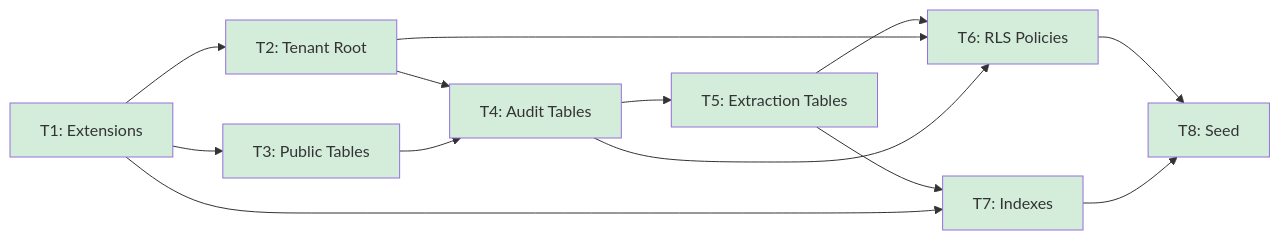
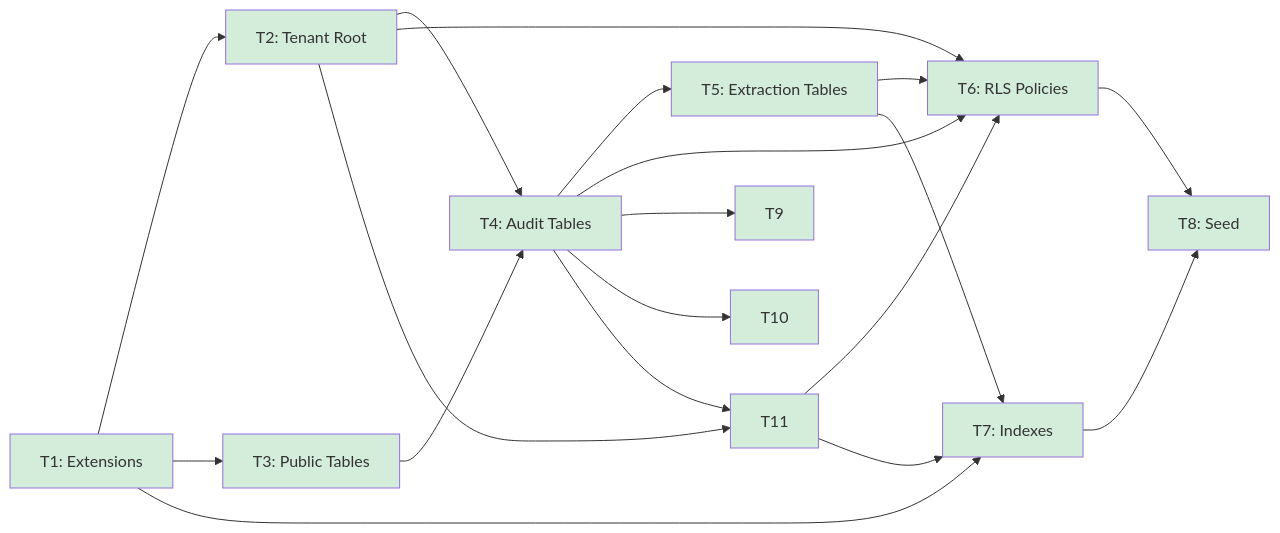
Before and after one commit to agentezai/coltratos: the third of 3 diagrams in docs/domain-model-mvp/feat/00-overview.md, drawn with Mermaid. The commit also changed other lines of this file and 29 other files, not shown here.

````diff
--- a/docs/domain-model-mvp/feat/00-overview.md
+++ b/docs/domain-model-mvp/feat/00-overview.md
@@ -160,33 +163,42 @@
 ```mermaid
 flowchart LR
     T1["T1: Extensions"]
     T2["T2: Tenant Root"]
     T3["T3: Public Tables"]
     T4["T4: Audit Tables"]
     T5["T5: Extraction Tables"]
     T6["T6: RLS Policies"]
     T7["T7: Indexes"]
     T8["T8: Seed"]
 
     T1 --> T2
     T1 --> T3
     T2 --> T4
     T3 --> T4
     T4 --> T5
     T5 --> T6
     T2 --> T6
     T4 --> T6
     T5 --> T7
     T1 --> T7
     T6 --> T8
     T7 --> T8
+    T4 --> T9
+    T4 --> T10
+    T2 --> T11
+    T4 --> T11
+    T11 --> T6
+    T11 --> T7
 
     style T1 fill:#d4edda
     style T2 fill:#d4edda
     style T3 fill:#d4edda
     style T4 fill:#d4edda
     style T5 fill:#d4edda
     style T6 fill:#d4edda
     style T7 fill:#d4edda
     style T8 fill:#d4edda
+    style T9 fill:#d4edda
+    style T10 fill:#d4edda
+    style T11 fill:#d4edda
 ```
````
